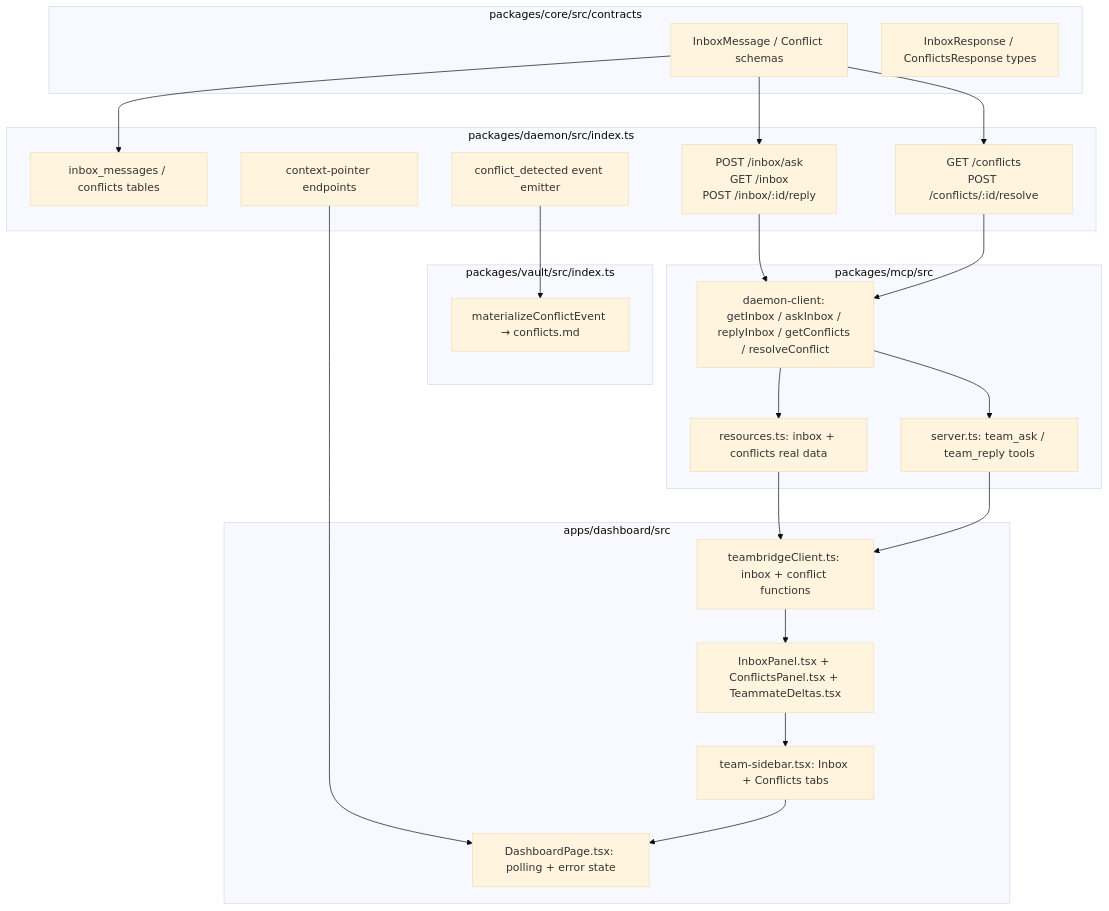
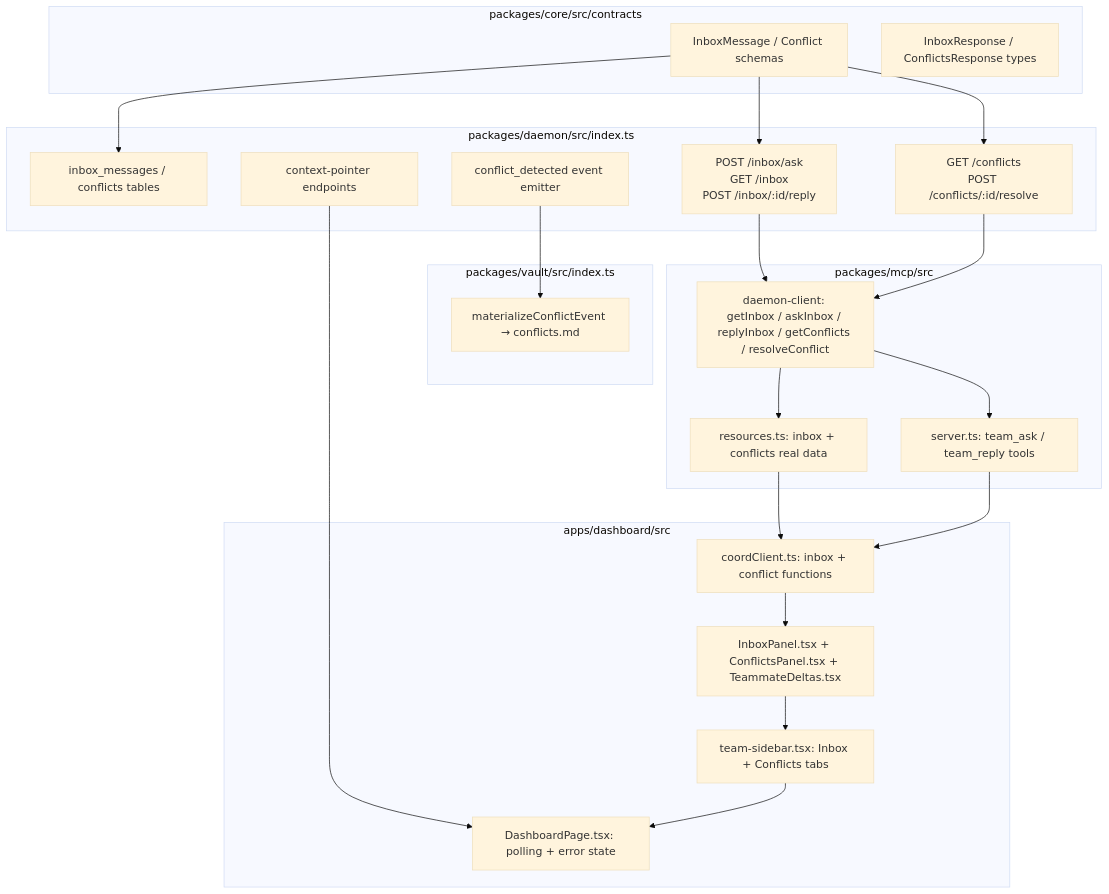
Before and after one commit to kushagra2503/team-channel: the diagram in docs/plans/2026-07-10-001-feat-inbox-conflicts-cross-surface-interlink-plan.md, drawn with Mermaid (base theme). The commit also changed other lines of this file and 128 other files, not shown here.

````diff
--- a/docs/plans/2026-07-10-001-feat-inbox-conflicts-cross-surface-interlink-plan.md
+++ b/docs/plans/2026-07-10-001-feat-inbox-conflicts-cross-surface-interlink-plan.md
@@ -113,47 +113,47 @@
 ```mermaid
 flowchart TB
   subgraph Core["packages/core/src/contracts"]
     A[InboxMessage / Conflict schemas]
     B[InboxResponse / ConflictsResponse types]
   end
 
   subgraph Daemon["packages/daemon/src/index.ts"]
     C["inbox_messages / conflicts tables"]
     D["POST /inbox/ask\nGET /inbox\nPOST /inbox/:id/reply"]
     E["GET /conflicts\nPOST /conflicts/:id/resolve"]
     F["conflict_detected event emitter"]
     G["context-pointer endpoints"]
   end
 
   subgraph Vault["packages/vault/src/index.ts"]
     H["materializeConflictEvent → conflicts.md"]
   end
 
   subgraph MCP["packages/mcp/src"]
     I["daemon-client: getInbox / askInbox / replyInbox / getConflicts / resolveConflict"]
     J["resources.ts: inbox + conflicts real data"]
     K["server.ts: team_ask / team_reply tools"]
   end
 
   subgraph Dashboard["apps/dashboard/src"]
-    L["teambridgeClient.ts: inbox + conflict functions"]
+    L["coordClient.ts: inbox + conflict functions"]
     M["InboxPanel.tsx + ConflictsPanel.tsx + TeammateDeltas.tsx"]
     N["team-sidebar.tsx: Inbox + Conflicts tabs"]
     O["DashboardPage.tsx: polling + error state"]
   end
 
   A --> C
   A --> D
   A --> E
   F --> H
   D --> I
   E --> I
   G --> O
   I --> J
   I --> K
   J --> L
   K --> L
   L --> M
   M --> N
   N --> O
 ```
````
